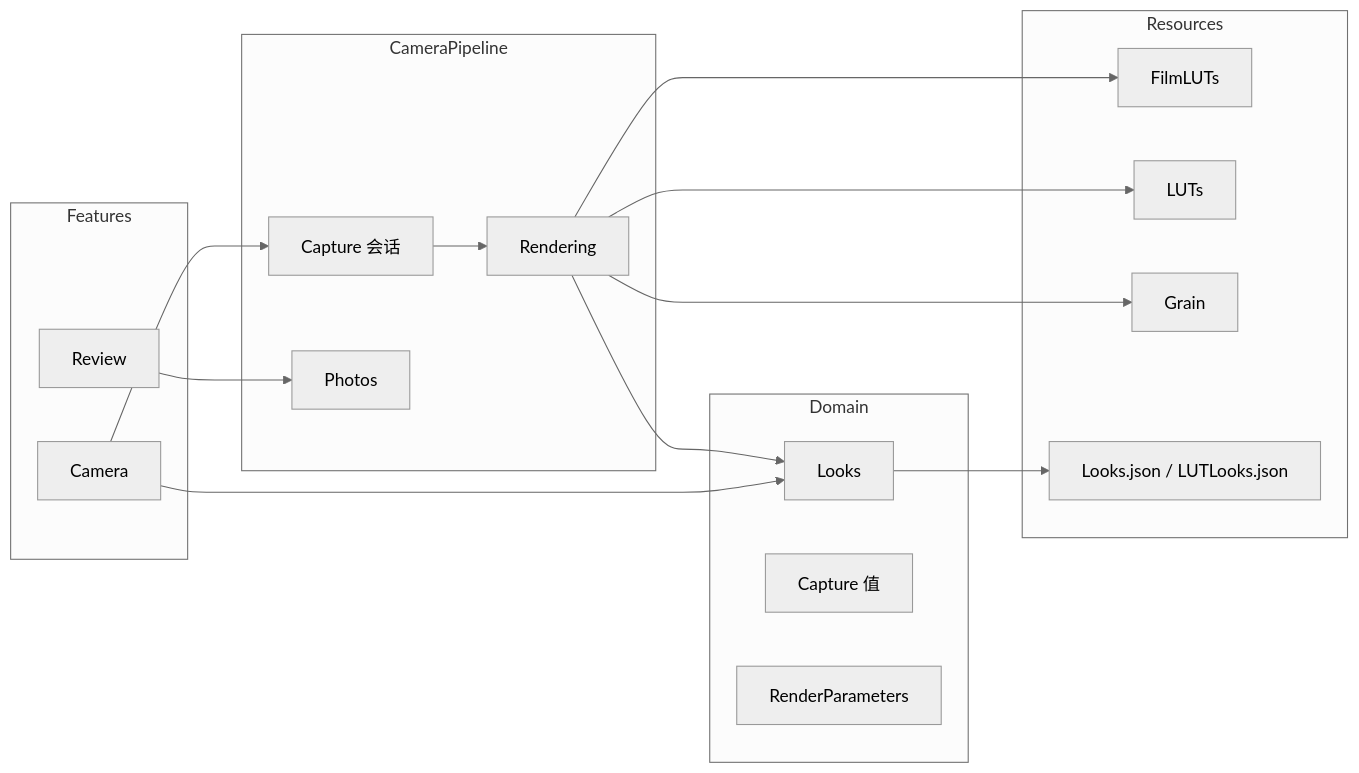
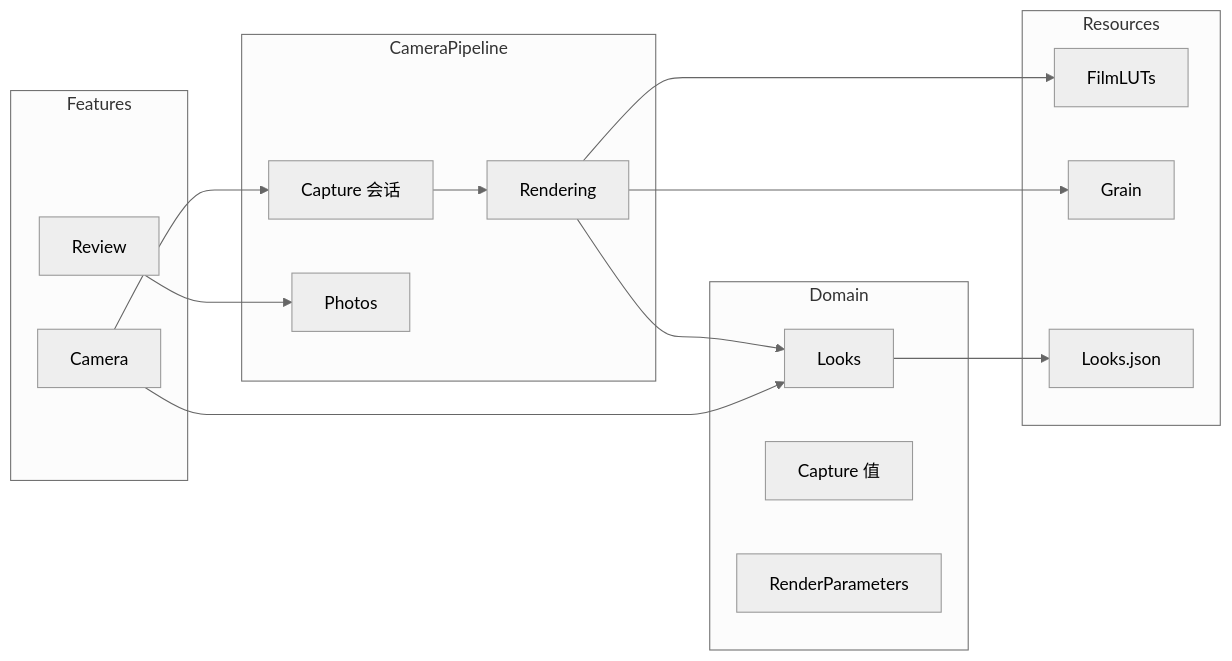
Before and after one commit to zhe-ma/angie-filter: the second of 6 diagrams in design/architecture.md, drawn with Mermaid (neutral theme). The commit also changed other lines of this file and 43 other files, not shown here.

````diff
--- a/design/architecture.md
+++ b/design/architecture.md
@@ -31,32 +31,30 @@
 ```mermaid
 flowchart LR
   subgraph domain [Domain]
     looks[Looks]
     captureValues[Capture 值]
     params[RenderParameters]
   end
   subgraph pipeline [CameraPipeline]
     session[Capture 会话]
     render[Rendering]
     photos[Photos]
   end
   subgraph ui [Features]
     camera[Camera]
     review[Review]
   end
   subgraph resources [Resources]
     films[FilmLUTs]
-    luts[LUTs]
     grain[Grain]
-    json[Looks.json / LUTLooks.json]
+    json[Looks.json]
   end
   camera --> session
   camera --> looks
   session --> render
   render --> looks
   render --> films
-  render --> luts
   render --> grain
   looks --> json
   review --> photos
 ```
````
